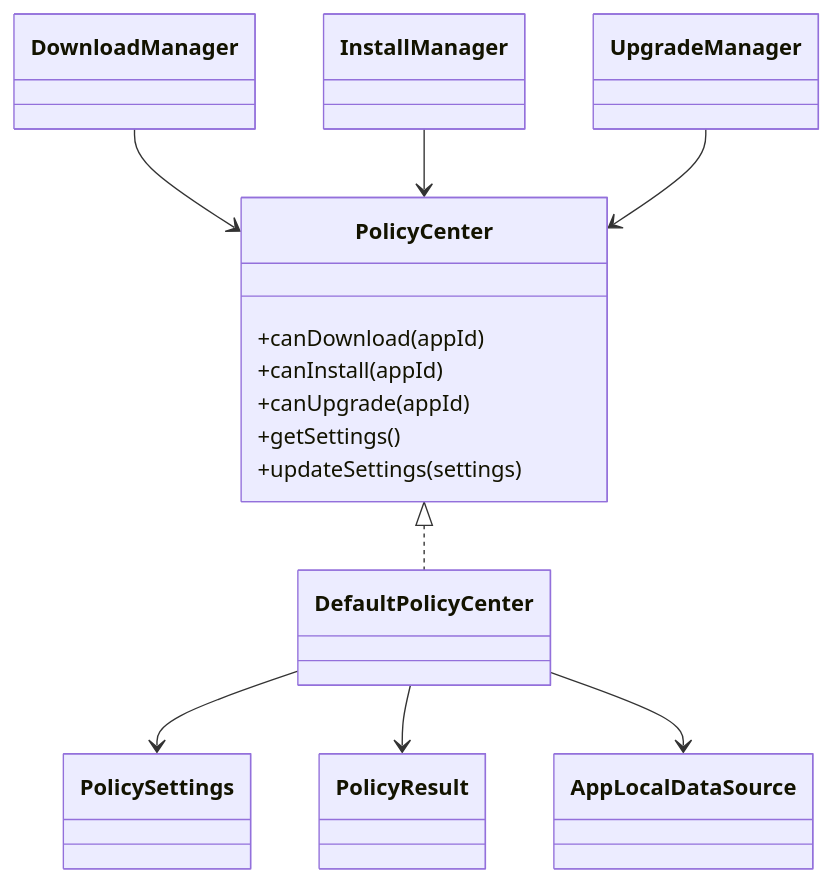
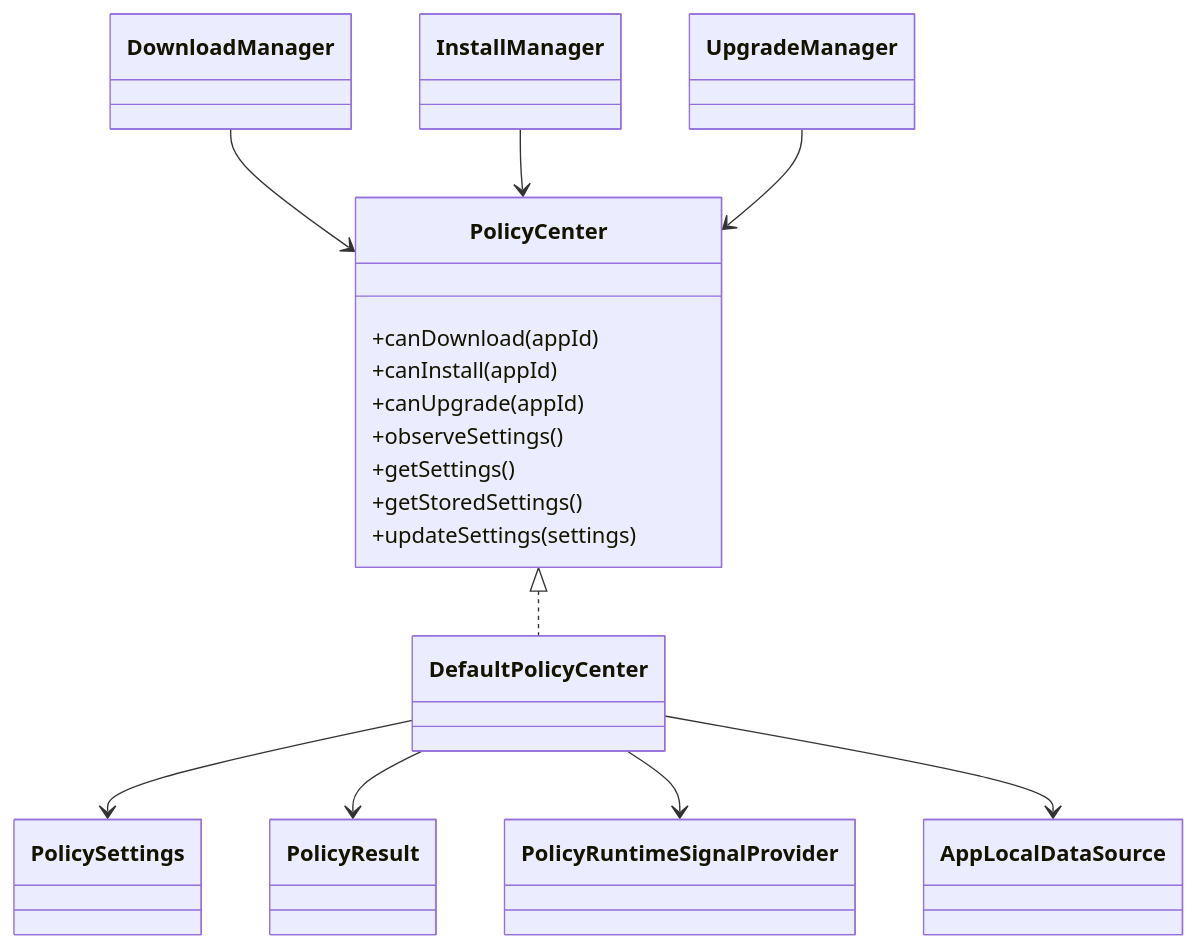
Before and after one commit to XZQ/CarAppStore: the second of 4 diagrams in docs/13-策略中心架构与流程.md, drawn with Mermaid. The commit also changed other lines of this file and 69 other files, not shown here.

Commit message:
Feat: harden store state flows and remote catalog pipeline

````diff
--- a/docs/13-策略中心架构与流程.md
+++ b/docs/13-策略中心架构与流程.md
@@ -56,27 +60,31 @@
 ```mermaid
 classDiagram
 
 class PolicyCenter {
   +canDownload(appId)
   +canInstall(appId)
   +canUpgrade(appId)
+  +observeSettings()
   +getSettings()
+  +getStoredSettings()
   +updateSettings(settings)
 }
 
 class DefaultPolicyCenter
 class PolicySettings
 class PolicyResult
+class PolicyRuntimeSignalProvider
 class AppLocalDataSource
 class DownloadManager
 class InstallManager
 class UpgradeManager
 
 PolicyCenter <|.. DefaultPolicyCenter
 DefaultPolicyCenter --> PolicySettings
 DefaultPolicyCenter --> PolicyResult
+DefaultPolicyCenter --> PolicyRuntimeSignalProvider
 DefaultPolicyCenter --> AppLocalDataSource
 DownloadManager --> PolicyCenter
 InstallManager --> PolicyCenter
 UpgradeManager --> PolicyCenter
 ```
````
